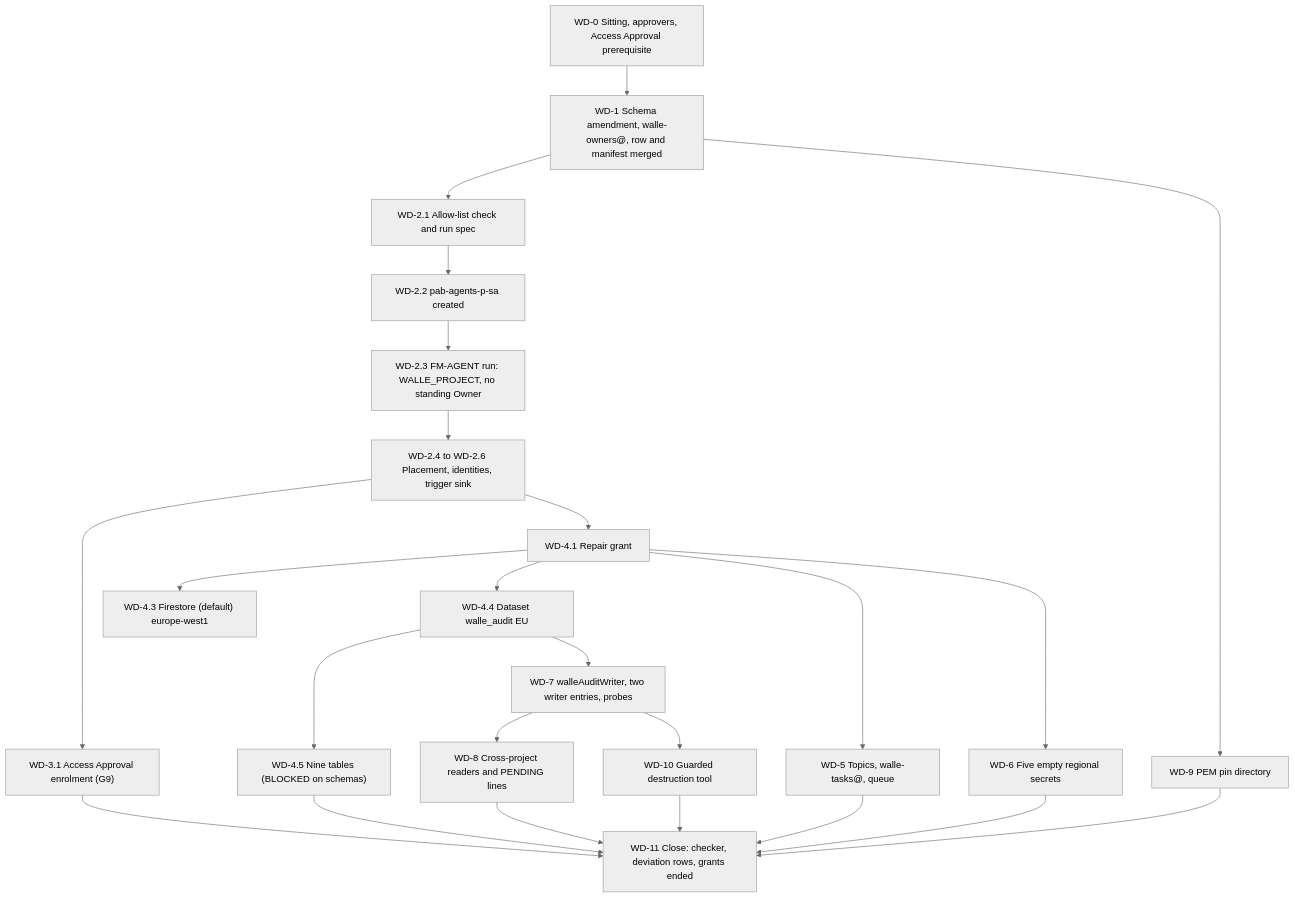
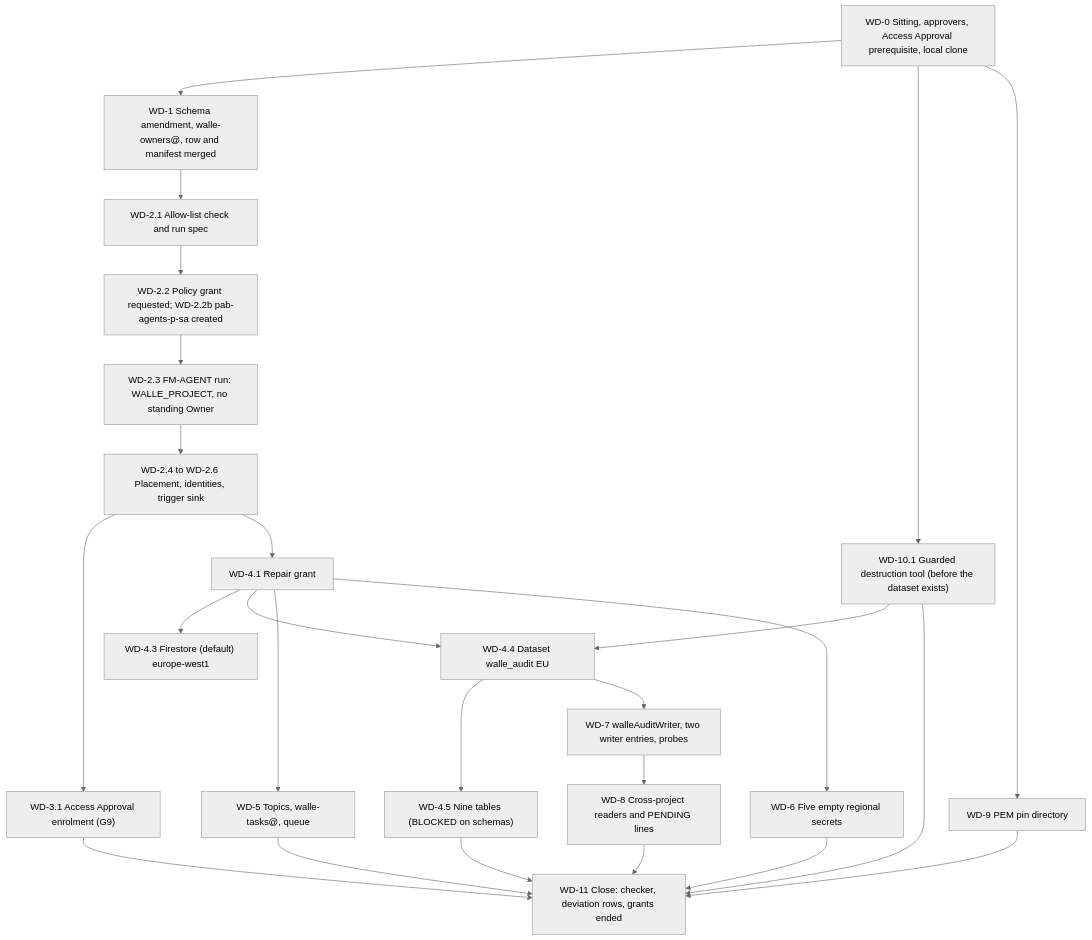
The diagram in platform/agentic-platform/setup/31-wall-e-project-and-data-plane.md (jsbdfgidsfg/agentic-platform), drawn with Mermaid (neutral theme) before and after one commit. The commit also changed other lines of this file and 22 other files, not shown here.

````diff
--- a/platform/agentic-platform/setup/31-wall-e-project-and-data-plane.md
+++ b/platform/agentic-platform/setup/31-wall-e-project-and-data-plane.md
@@ -52,26 +54,27 @@
 ```mermaid
 flowchart TD
-  A["WD-0 Sitting, approvers, Access Approval prerequisite"] --> B["WD-1 Schema amendment, walle-owners@, row and manifest merged"]
+  A["WD-0 Sitting, approvers, Access Approval prerequisite, local clone"] --> B["WD-1 Schema amendment, walle-owners@, row and manifest merged"]
   B --> C["WD-2.1 Allow-list check and run spec"]
-  C --> D["WD-2.2 pab-agents-p-sa created"]
+  C --> D["WD-2.2 Policy grant requested; WD-2.2b pab-agents-p-sa created"]
   D --> E["WD-2.3 FM-AGENT run: WALLE_PROJECT, no standing Owner"]
   E --> F["WD-2.4 to WD-2.6 Placement, identities, trigger sink"]
   F --> G["WD-3.1 Access Approval enrolment (G9)"]
   F --> H["WD-4.1 Repair grant"]
   H --> I["WD-4.3 Firestore (default) europe-west1"]
-  H --> J["WD-4.4 Dataset walle_audit EU"]
+  A --> Q["WD-10.1 Guarded destruction tool (before the dataset exists)"]
+  Q --> J["WD-4.4 Dataset walle_audit EU"]
+  H --> J
   J --> K["WD-4.5 Nine tables (BLOCKED on schemas)"]
   H --> L["WD-5 Topics, walle-tasks@, queue"]
   H --> M["WD-6 Five empty regional secrets"]
   J --> N["WD-7 walleAuditWriter, two writer entries, probes"]
   N --> O["WD-8 Cross-project readers and PENDING lines"]
-  B --> P["WD-9 PEM pin directory"]
-  N --> Q["WD-10 Guarded destruction tool"]
+  A --> P["WD-9 PEM pin directory"]
   K --> R["WD-11 Close: checker, deviation rows, grants ended"]
   L --> R
   M --> R
   O --> R
   P --> R
   Q --> R
   G --> R
 ```
````
